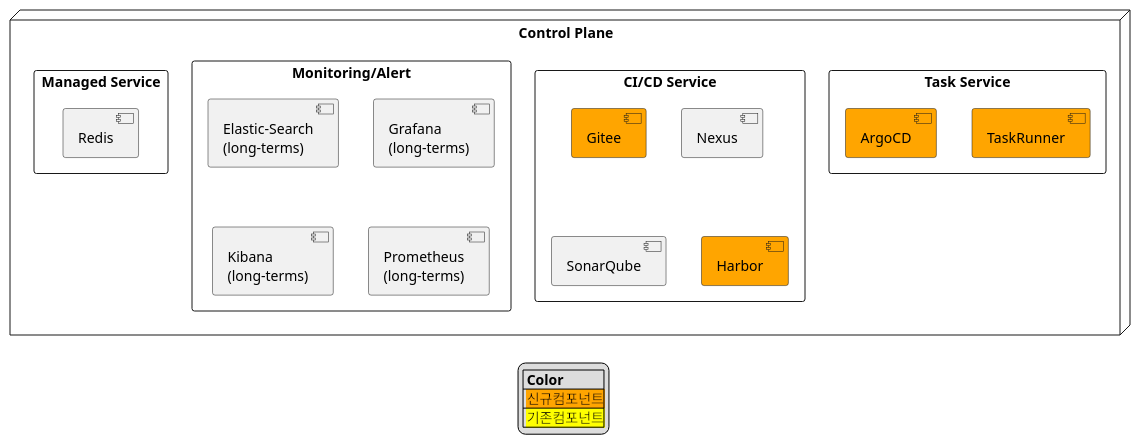
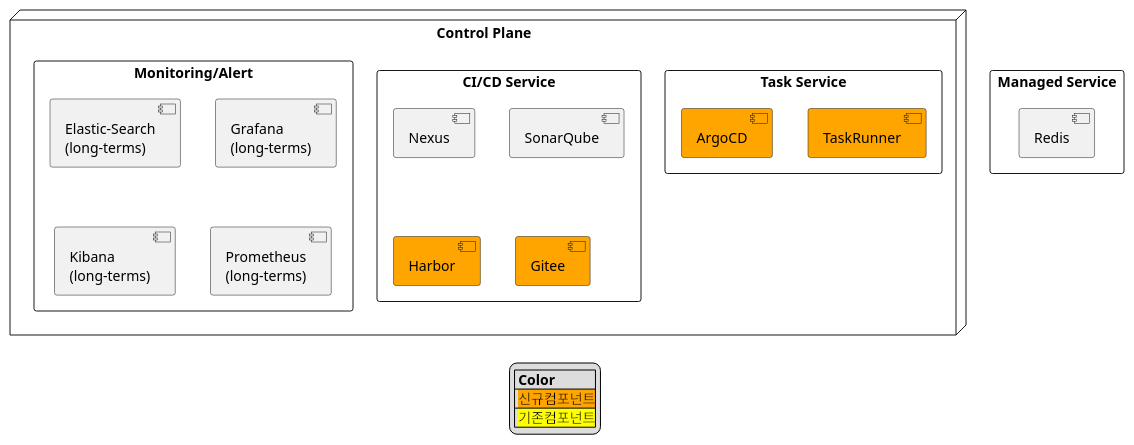
One commit to htdp1/am-arch changed the second of 13 diagrams in docs/src/multi-cloud/diagram.md. Above: the diagram before and after it, drawn with PlantUML. The commit also changed other lines of this file, not shown here.

Commit message:
modify diagram 1449

```diff
--- a/docs/src/multi-cloud/diagram.md
+++ b/docs/src/multi-cloud/diagram.md
@@ -62,31 +63,31 @@
 @startuml
 
 legend
     |= Color |
     | <size:14><back:#Orange>신규컴포넌트</back></size>|
     | <size:14><back:#Yellow>기존컴포넌트</back></size>|
 endlegend
 
 node "Control Plane" as bcp {
-    rectangle "Task Service" as bcp_cicd {
-        [TaskRunner] as bcp_taskruuner #orange
-        [ArgoCD] as bcp_argocd #orange
+    rectangle "Task Service" as task {
+        [TaskRunner] as taskruuner #orange
+        [ArgoCD] as argocd #orange
     }
-    rectangle "CI/CD Service" as bcp_common {
-        [Gitee] as gitee #orange
+    rectangle "CI/CD Service" as cicd {
         [Nexus] as nexus
         [SonarQube] as sonarqube
         [Harbor] as harbor #orange
+        [Gitee] as gitee #orange
     }
-    rectangle "Monitoring/Alert" as bcp_mon {
-        [Elastic-Search\n(long-terms)] as bcp_mon_elk
-        [Grafana\n(long-terms)] as bcp_mon_grafana
-        [Kibana\n(long-terms)] as bcp_mon_kibana
-        [Prometheus\n(long-terms)] as bcp_mon_prometheus
+    rectangle "Monitoring/Alert" as mon {
+        [Elastic-Search\n(long-terms)] as elastic
+        [Grafana\n(long-terms)] as grafana
+        [Kibana\n(long-terms)] as kibana
+        [Prometheus\n(long-terms)] as prometheus
     }
-    rectangle "Managed Service" as bcp_managed {
-        [Redis] as bcp_mananged_redis
-    }
+}
+rectangle "Managed Service" as managed {
+    [Redis] as redis
 }
 
 @enduml
```
